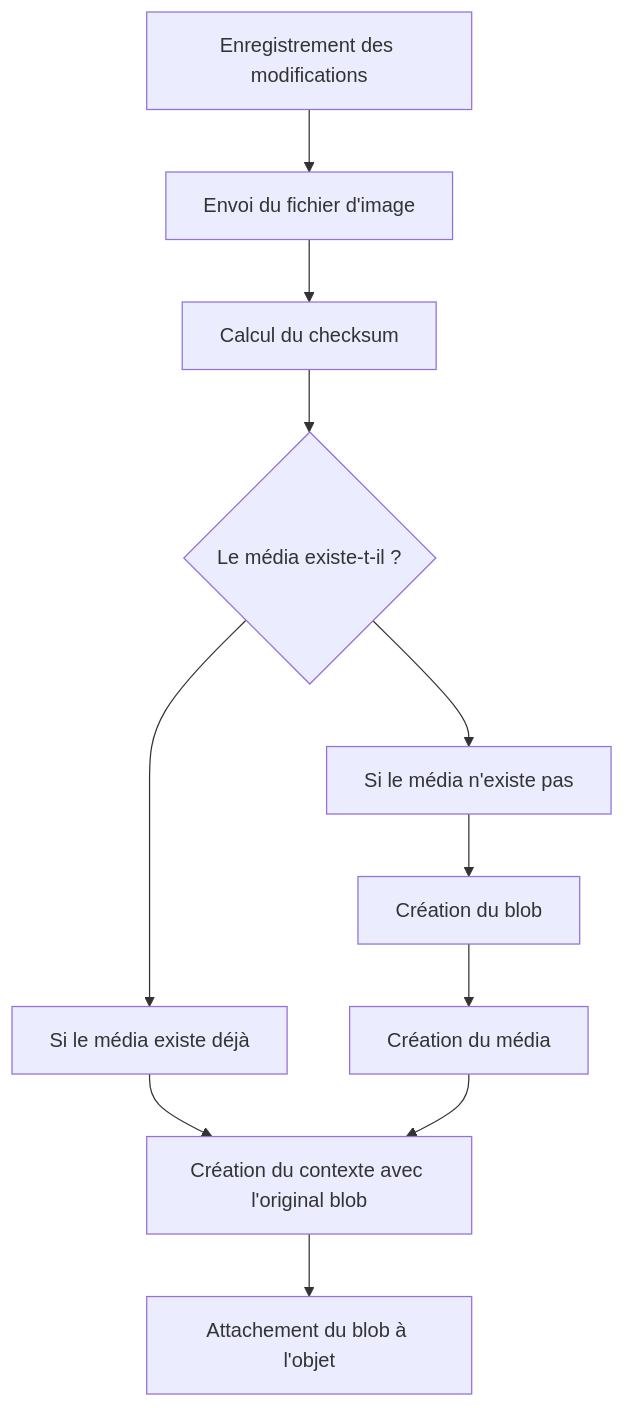
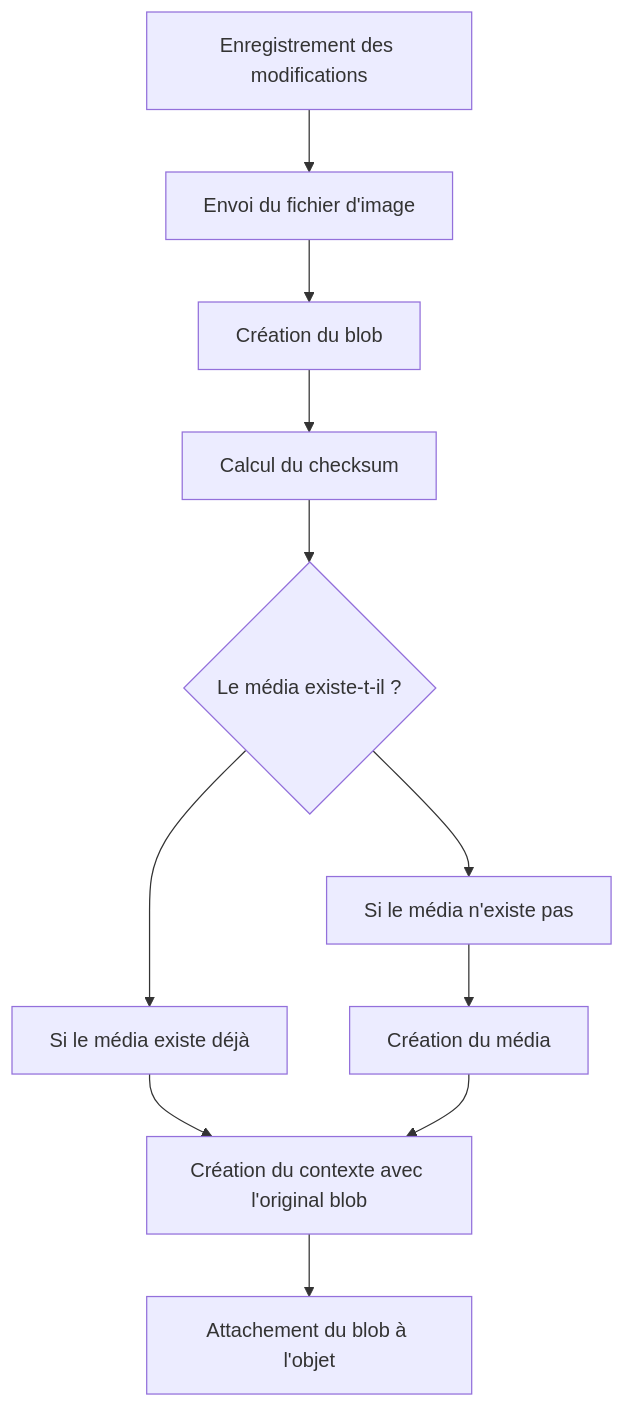
One commit to osunyorg/developers changed the first of 4 diagrams in content/docs/admin/composants/media-library.md. Above: the diagram before and after it, drawn with Mermaid. The commit also changed other lines of this file, not shown here.

````diff
--- a/content/docs/admin/composants/media-library.md
+++ b/content/docs/admin/composants/media-library.md
@@ -291,18 +291,18 @@
 ```mermaid
 graph TD;
-  Enregistrement-->Envoi-->Checksum-->Media;
+  Enregistrement-->Envoi-->CreationBlob-->Checksum-->Media;
   Media-->MediaOui-->Contexte;
-  Media-->MediaNon-->CreationBlob-->CreationMedia-->Contexte;
+  Media-->MediaNon-->CreationMedia-->Contexte;
   Contexte-->Attachement;
 
   Enregistrement["Enregistrement des modifications"];
   Envoi["Envoi du fichier d'image"];
+  CreationBlob["Création du blob"];
   Checksum["Calcul du checksum"];
   Media{"Le média existe-t-il ?"};
-  CreationBlob["Création du blob"];
   MediaOui["Si le média existe déjà"];
   MediaNon["Si le média n'existe pas"];
   CreationMedia["Création du média"];
   Contexte["Création du contexte avec l'original blob"];
   Attachement["Attachement du blob à l'objet"]
 ```
````
